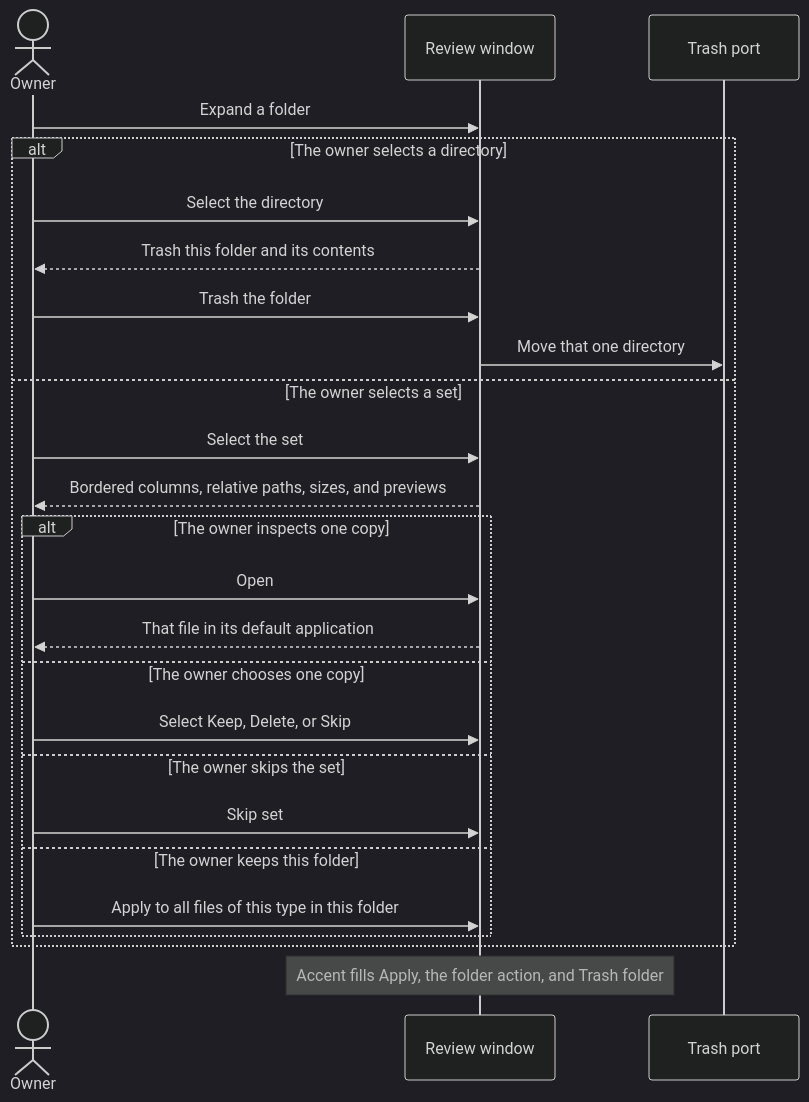
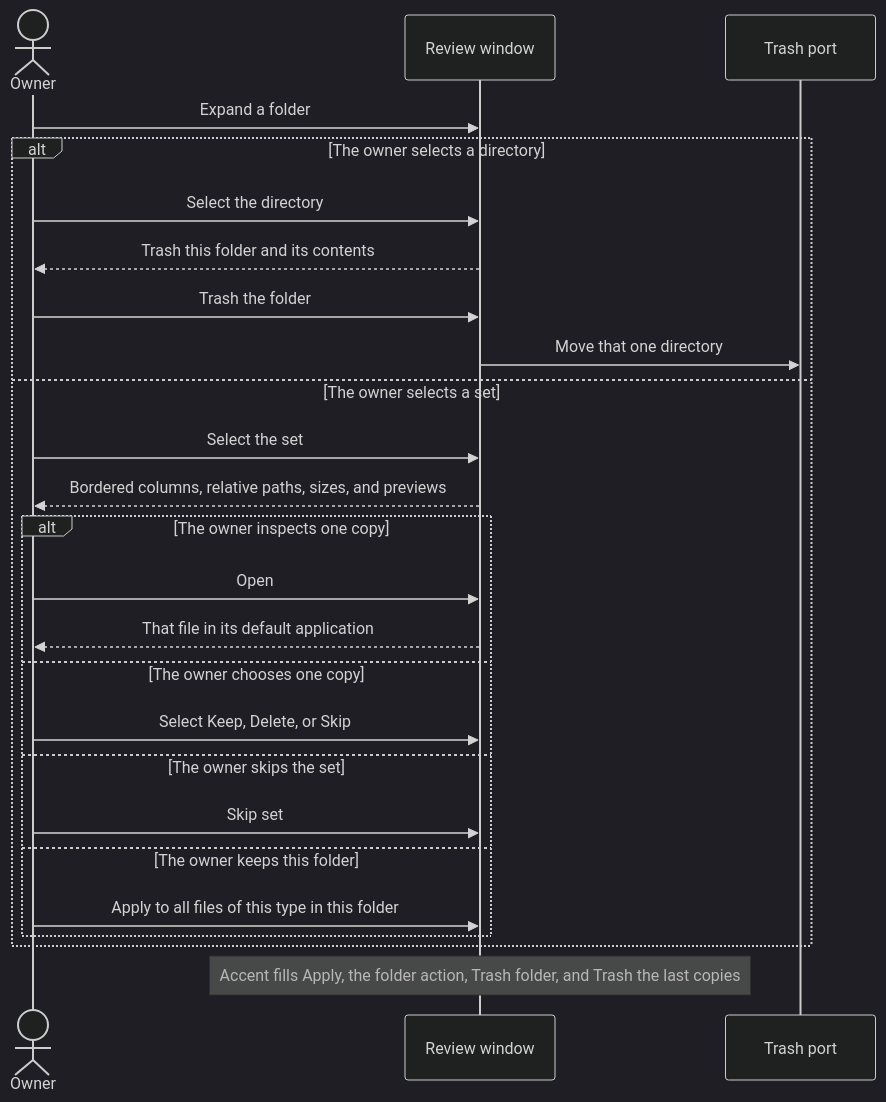
The fourth of 9 diagrams in docs/architecture.md (cionz0/hdsort), drawn with Mermaid (dark theme) before and after one commit. The commit also changed other lines of this file and 13 other files, not shown here.

Commit message:
Ask before trashing the last copies, and name each file instead of the content ID.

````diff
--- a/docs/architecture.md
+++ b/docs/architecture.md
@@ -93,27 +93,27 @@
 ```mermaid
 sequenceDiagram
   actor Owner
   participant Window as Review window
   participant Trash as Trash port
   Owner->>Window: Expand a folder
   alt The owner selects a directory
     Owner->>Window: Select the directory
     Window-->>Owner: Trash this folder and its contents
     Owner->>Window: Trash the folder
     Window->>Trash: Move that one directory
   else The owner selects a set
     Owner->>Window: Select the set
     Window-->>Owner: Bordered columns, relative paths, sizes, and previews
     alt The owner inspects one copy
       Owner->>Window: Open
       Window-->>Owner: That file in its default application
     else The owner chooses one copy
       Owner->>Window: Select Keep, Delete, or Skip
     else The owner skips the set
       Owner->>Window: Skip set
     else The owner keeps this folder
       Owner->>Window: Apply to all files of this type in this folder
     end
   end
-  Note over Window: Accent fills Apply, the folder action, and Trash folder
+  Note over Window: Accent fills Apply, the folder action, Trash folder, and Trash the last copies
 ```
````
